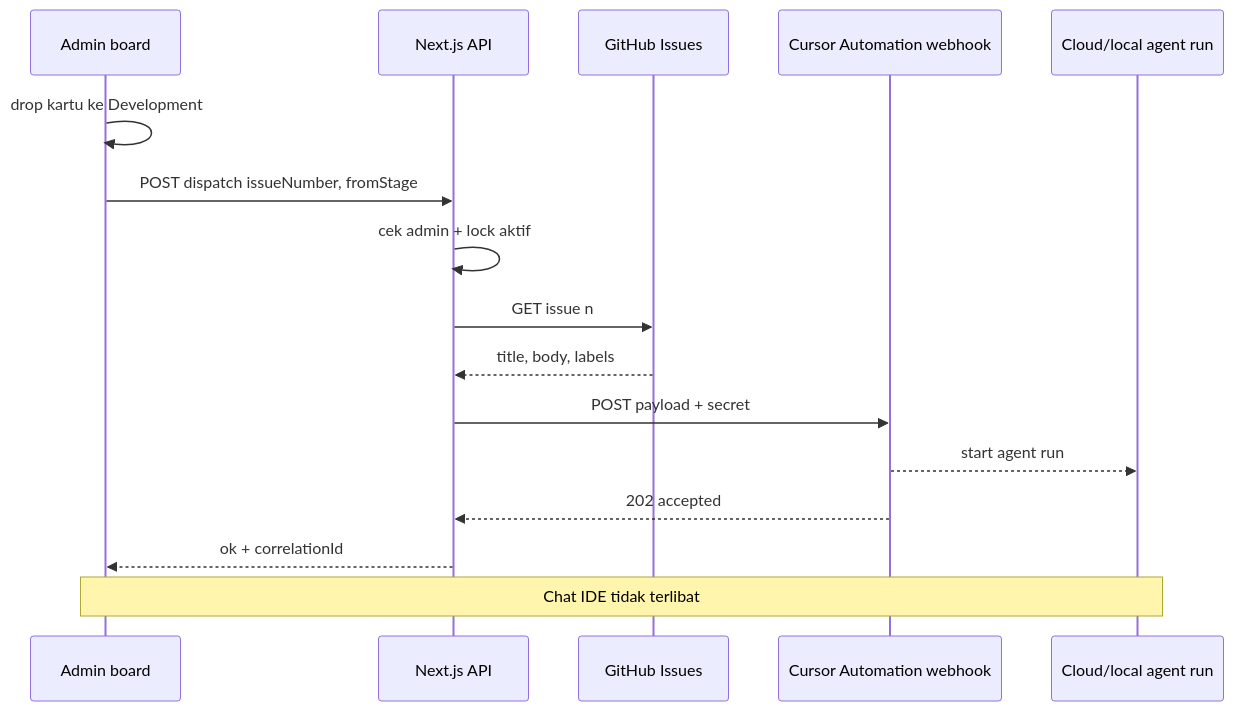
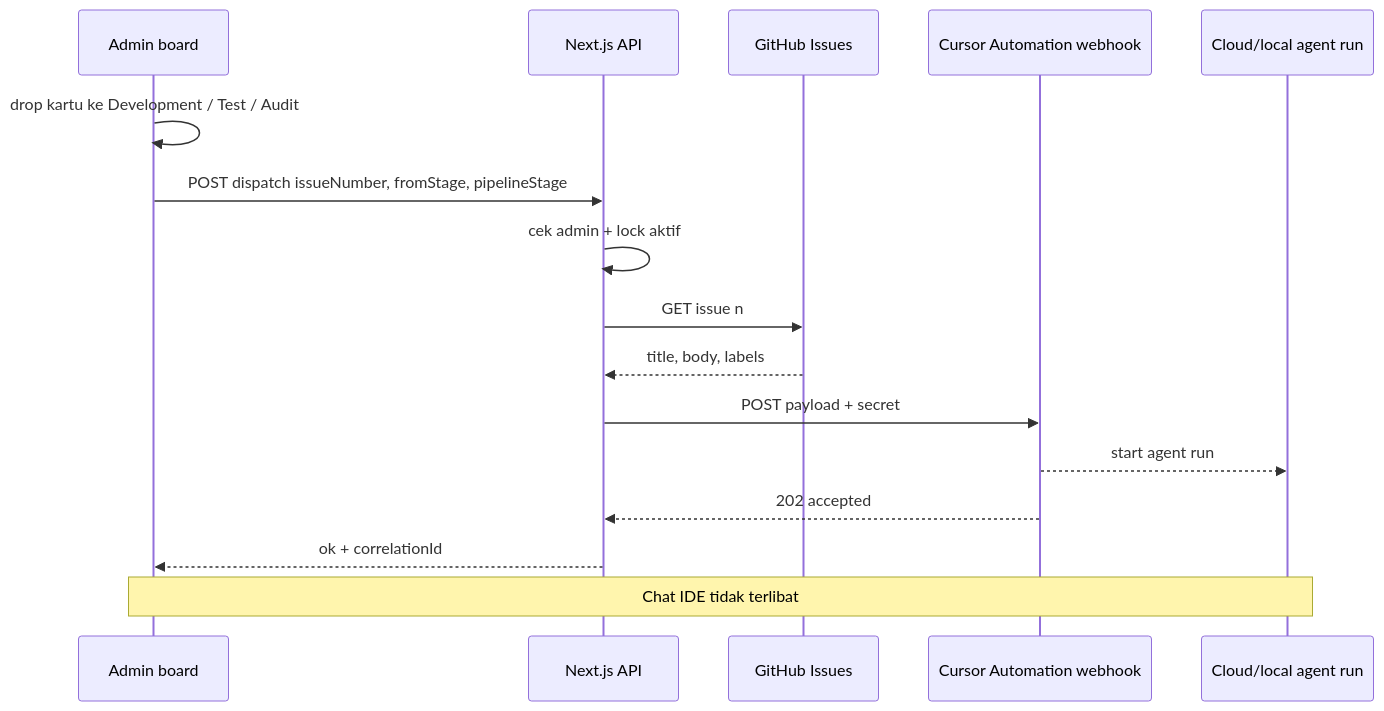
The diagram in Docs/PRD-Kanban-Agent-Dispatch.md (ariprasetyoskom/meeting-room-cursor), drawn with Mermaid before and after one commit. The commit also changed other lines of this file and 5 other files, not shown here.

````diff
--- a/Docs/PRD-Kanban-Agent-Dispatch.md
+++ b/Docs/PRD-Kanban-Agent-Dispatch.md
@@ -121,19 +131,19 @@
 ```mermaid
 sequenceDiagram
   participant UI as Admin board
   participant API as Next.js API
   participant GH as GitHub Issues
   participant WH as Cursor Automation webhook
   participant AG as Cloud/local agent run
 
-  UI->>UI: drop kartu ke Development
-  UI->>API: POST dispatch issueNumber, fromStage
+  UI->>UI: drop kartu ke Development / Test / Audit
+  UI->>API: POST dispatch issueNumber, fromStage, pipelineStage
   API->>API: cek admin + lock aktif
   API->>GH: GET issue n
   GH-->>API: title, body, labels
   API->>WH: POST payload + secret
   WH-->>AG: start agent run
   WH-->>API: 202 accepted
   API-->>UI: ok + correlationId
   Note over UI,AG: Chat IDE tidak terlibat
 ```
````
